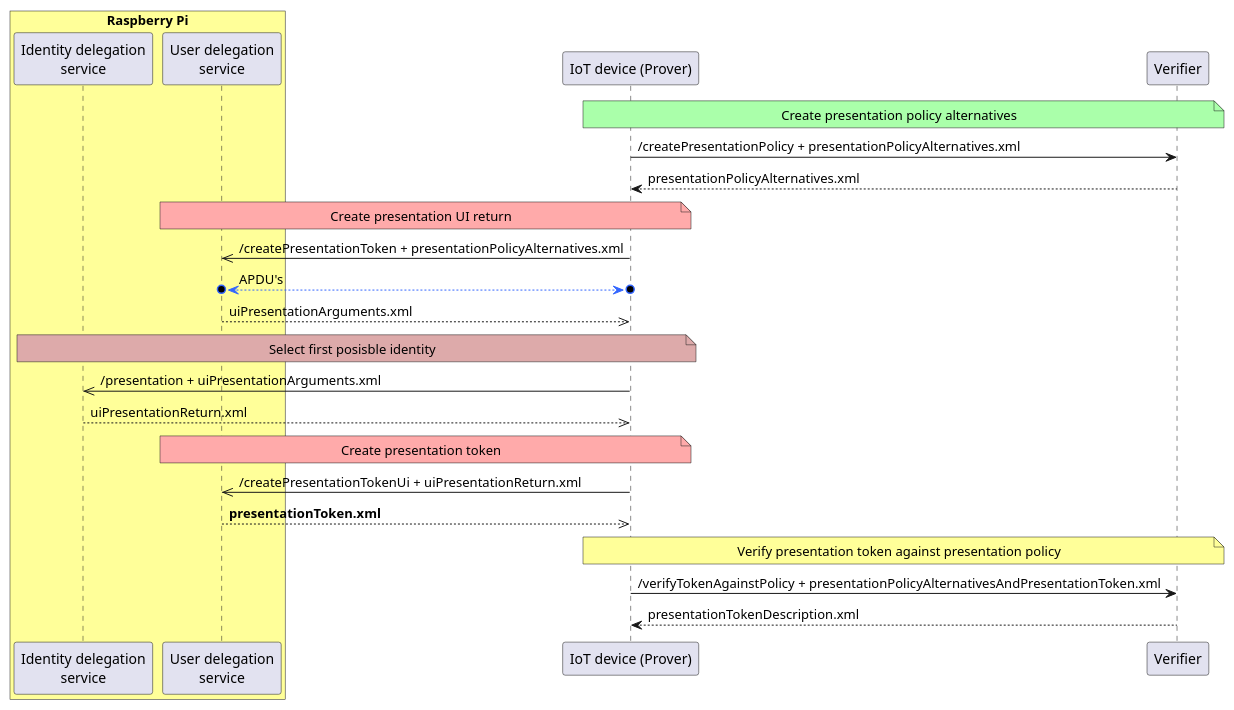
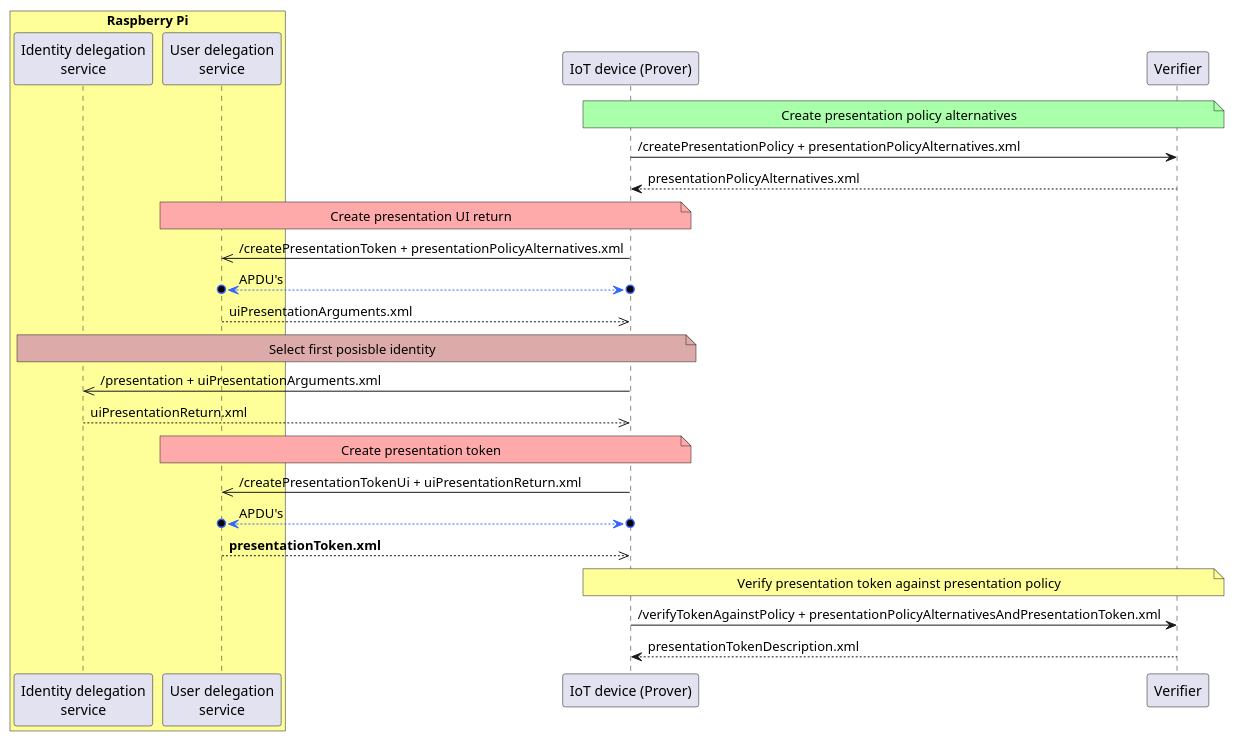
The diagram in Doc/plantuml/provingInteraction.puml (jlcs-es/p2abc_iot_toolkit), drawn with PlantUML before and after one commit. The commit also changed 2 other files, not shown here.

```diff
--- a/Doc/plantuml/provingInteraction.puml
+++ b/Doc/plantuml/provingInteraction.puml
@@ -1,31 +1,32 @@
 @startuml
   box "Raspberry Pi" #FFFF99
   participant "Identity delegation\nservice" as RpiId
   participant "User delegation\nservice" as RpiUser
   end box
   participant "IoT device (Prover)" as IoT
   participant Verifier
 
   note over IoT, Verifier #AAFFAA : Create presentation policy alternatives
   IoT -> Verifier : /createPresentationPolicy + presentationPolicyAlternatives.xml
   IoT <-- Verifier : presentationPolicyAlternatives.xml
 
   note over IoT, RpiUser #FFAAAA : Create presentation UI return
   RpiUser <<- IoT : /createPresentationToken + presentationPolicyAlternatives.xml
   RpiUser o<-[#3366FF]->o IoT : APDU's
   RpiUser -->> IoT : uiPresentationArguments.xml
 
   note over IoT, RpiId  #DDAAAA : Select first posisble identity
   RpiId <<- IoT : /presentation + uiPresentationArguments.xml
   RpiId -->> IoT : uiPresentationReturn.xml
 
   note over IoT, RpiUser #FFAAAA : Create presentation token
   RpiUser <<- IoT : /createPresentationTokenUi + uiPresentationReturn.xml
+  RpiUser o<-[#3366FF]->o IoT : APDU's
   RpiUser -->> IoT : **presentationToken.xml**
 
   note over IoT, Verifier #FFFF99 : Verify presentation token against presentation policy
   IoT -> Verifier : /verifyTokenAgainstPolicy + presentationPolicyAlternativesAndPresentationToken.xml
   IoT <-- Verifier : presentationTokenDescription.xml
 
 
 @enduml
```
